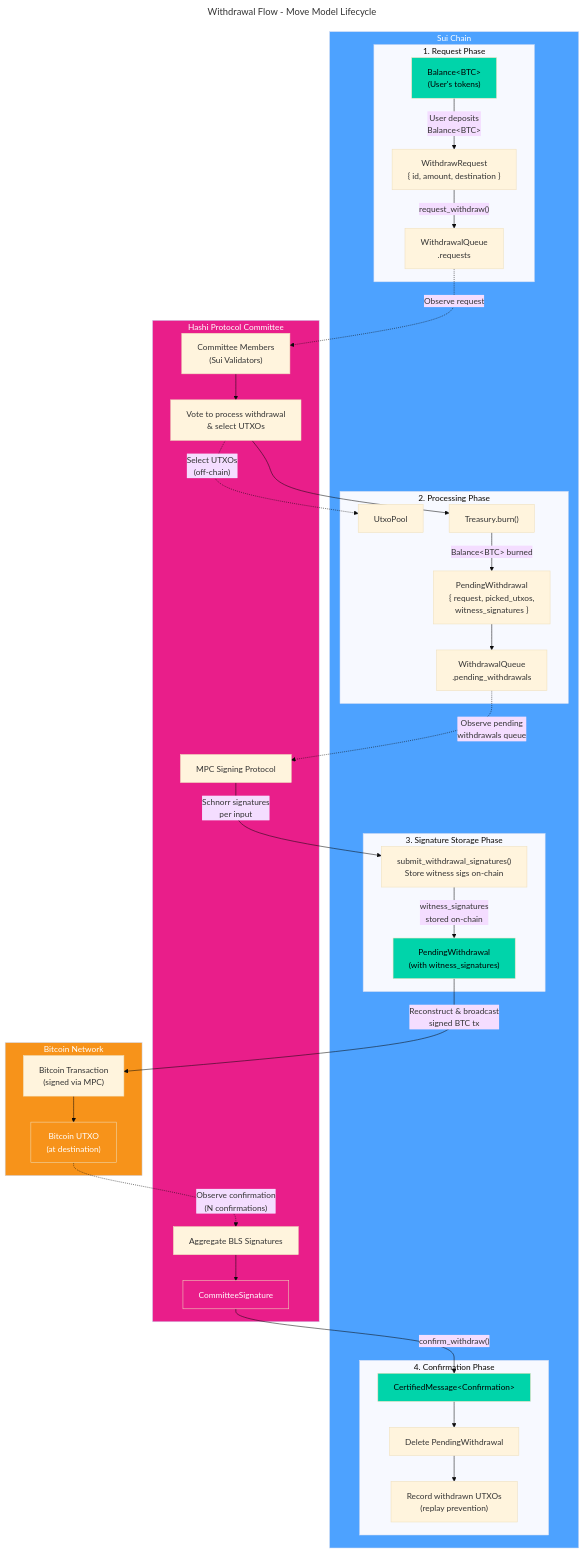
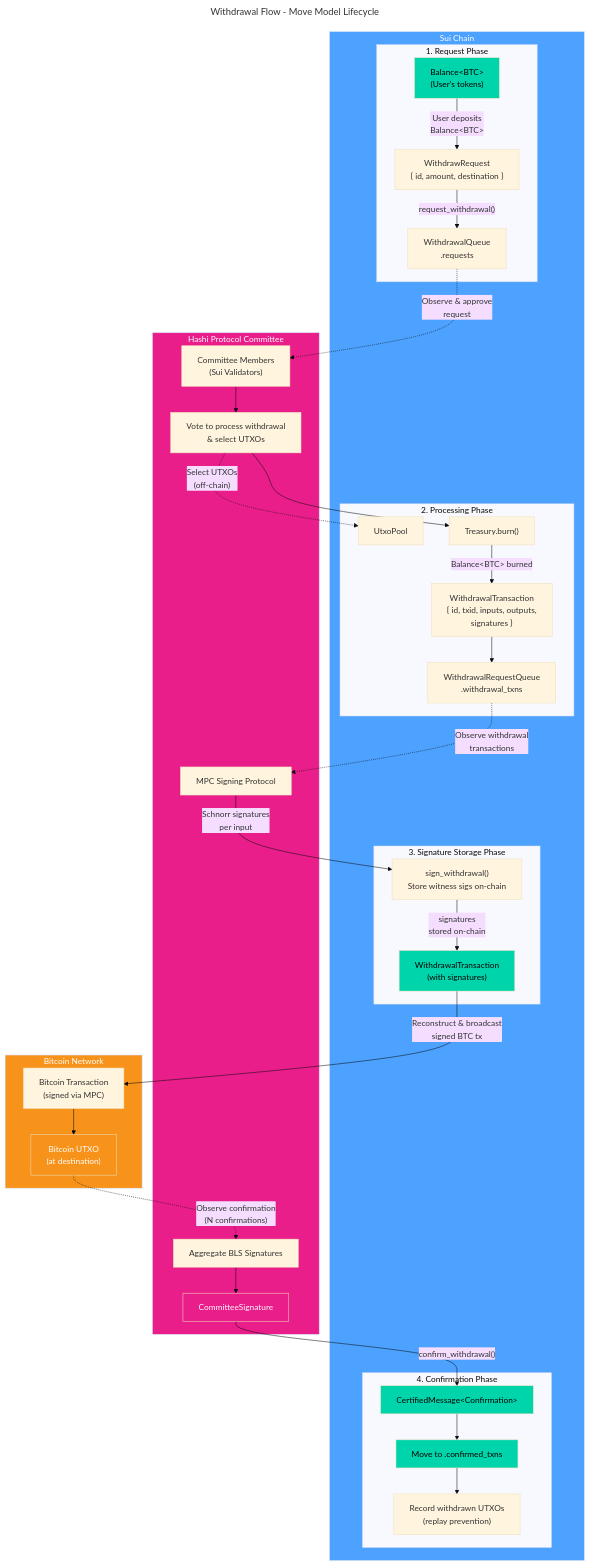
The second of 2 diagrams in design/src/move-model-lifecycle.md (MystenLabs/hashi), drawn with Mermaid (base theme) before and after one commit. The commit also changed other lines of this file and 20 other files, not shown here.

First line of the commit message:
PendingWithdrawal => WithdrawalTransaction (#424)

````diff
--- a/design/src/move-model-lifecycle.md
+++ b/design/src/move-model-lifecycle.md
@@ -74,72 +74,73 @@
 ```mermaid
 ---
 title: Withdrawal Flow - Move Model Lifecycle
 ---
 flowchart TD
     subgraph Sui["Sui Chain"]
         subgraph RequestPhase["1. Request Phase"]
             BAL["Balance&lt;BTC&gt;<br/>(User's tokens)"]
             WR["WithdrawRequest<br/>{ id, amount, destination }"]
             WRQ["WithdrawalQueue<br/>.requests"]
         end
 
         subgraph ProcessPhase["2. Processing Phase"]
             UTXO_POOL["UtxoPool<br/>"]
             BURN["Treasury.burn()"]
-            PW["PendingWithdrawal<br/>{ request, picked_utxos,<br/>witness_signatures }"]
-            PWQ["WithdrawalQueue<br/>.pending_withdrawals"]
+            PW["WithdrawalTransaction<br/>{ id, txid, inputs, outputs,<br/>signatures }"]
+            PWQ["WithdrawalRequestQueue<br/>.withdrawal_txns"]
         end
 
         subgraph SignPhase["3. Signature Storage Phase"]
-            SUBMIT_SIGS["submit_withdrawal_signatures()<br/>Store witness sigs on-chain"]
-            PW_SIGNED["PendingWithdrawal<br/>(with witness_signatures)"]
+            SUBMIT_SIGS["sign_withdrawal()<br/>Store witness sigs on-chain"]
+            PW_SIGNED["WithdrawalTransaction<br/>(with signatures)"]
         end
 
         subgraph ConfirmPhase["4. Confirmation Phase"]
             CERTIFIED2["CertifiedMessage&lt;Confirmation&gt;"]
-            DEL["Delete PendingWithdrawal"]
+            MOVE_CONFIRMED["Move to .confirmed_txns"]
             RECORD["Record withdrawn UTXOs<br/>(replay prevention)"]
         end
     end
 
     subgraph Committee["Hashi Protocol Committee"]
         MEMBERS2["Committee Members<br/>(Sui Validators)"]
         VOTE["Vote to process withdrawal<br/>& select UTXOs"]
         MPC["MPC Signing Protocol"]
         SIGN2["Aggregate BLS Signatures"]
         CERT2["CommitteeSignature"]
     end
 
     subgraph Bitcoin["Bitcoin Network"]
         BTC_TX["Bitcoin Transaction<br/>(signed via MPC)"]
         BTC_UTXO["Bitcoin UTXO<br/>(at destination)"]
     end
 
     BAL -->|"User deposits<br/>Balance&lt;BTC&gt;"| WR
-    WR -->|"request_withdraw()"| WRQ
-    WRQ -.->|"Observe request"| MEMBERS2
+    WR -->|"request_withdrawal()"| WRQ
+    WRQ -.->|"Observe & approve<br/>request"| MEMBERS2
     MEMBERS2 --> VOTE
     VOTE -.->|"Select UTXOs<br/>(off-chain)"| UTXO_POOL
     VOTE --> BURN
     BURN -->|"Balance&lt;BTC&gt; burned"| PW
     PW --> PWQ
-    PWQ -.->|"Observe pending<br/>withdrawals queue"| MPC
+    PWQ -.->|"Observe withdrawal<br/>transactions"| MPC
     MPC -->|"Schnorr signatures<br/>per input"| SUBMIT_SIGS
-    SUBMIT_SIGS -->|"witness_signatures<br/>stored on-chain"| PW_SIGNED
+    SUBMIT_SIGS -->|"signatures<br/>stored on-chain"| PW_SIGNED
     PW_SIGNED -->|"Reconstruct & broadcast<br/>signed BTC tx"| BTC_TX
     BTC_TX --> BTC_UTXO
     BTC_UTXO -.->|"Observe confirmation<br/>(N confirmations)"| SIGN2
     SIGN2 --> CERT2
-    CERT2 -->|"confirm_withdraw()"| CERTIFIED2
-    CERTIFIED2 --> DEL
-    DEL --> RECORD
+    CERT2 -->|"confirm_withdrawal()"| CERTIFIED2
+    CERTIFIED2 --> MOVE_CONFIRMED
+    MOVE_CONFIRMED --> RECORD
 
     style Bitcoin fill:#f7931a,color:#fff
     style Committee fill:#E91E8A,color:#fff
     style Sui fill:#4da2ff,color:#fff
     style BAL fill:#00d4aa,color:#000
     style BTC_UTXO fill:#f7931a,color:#fff
     style CERT2 fill:#E91E8A,color:#fff
     style CERTIFIED2 fill:#00d4aa,color:#000
     style PW_SIGNED fill:#00d4aa,color:#000
+    style MOVE_CONFIRMED fill:#00d4aa,color:#000
 ```
````
